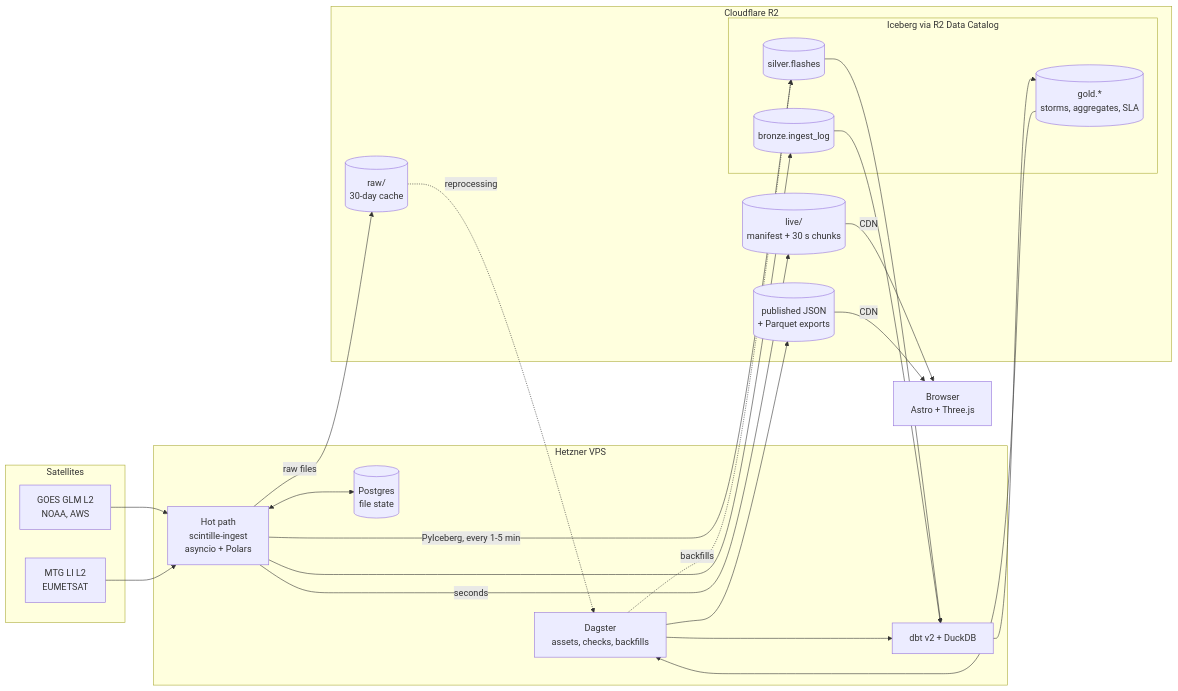
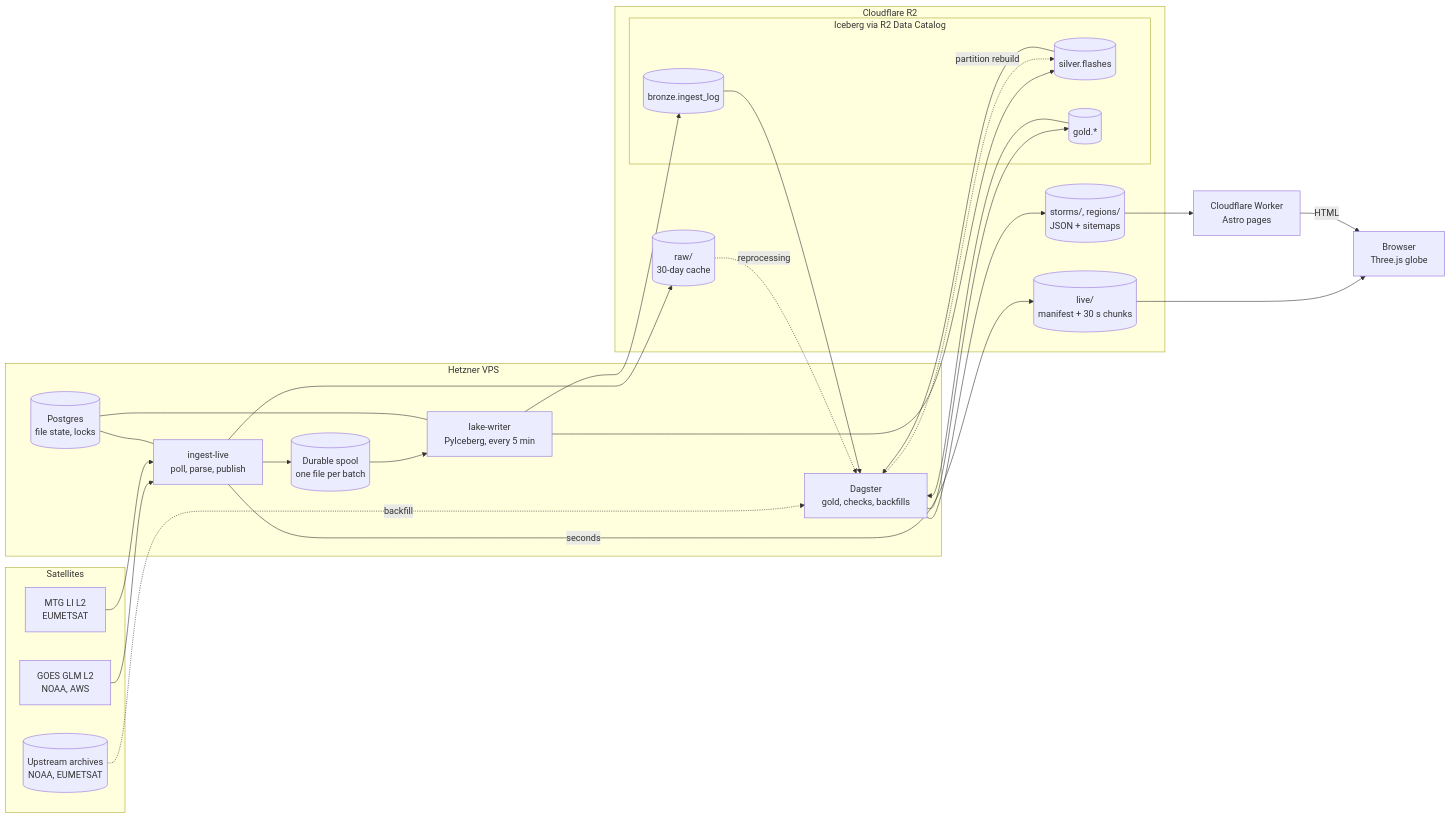
The diagram in docs/architecture.md (pierregc/scintille), drawn with Mermaid before and after one commit. The commit also changed other lines of this file and 1 other file, not shown here.

Commit message:
docs: address review on data architecture ADR

````diff
--- a/docs/architecture.md
+++ b/docs/architecture.md
@@ -7,45 +7,52 @@
 ```mermaid
 flowchart LR
     subgraph sources["Satellites"]
         glm["GOES GLM L2<br/>NOAA, AWS"]
         li["MTG LI L2<br/>EUMETSAT"]
+        archives[("Upstream archives<br/>NOAA, EUMETSAT")]
     end
 
     subgraph vps["Hetzner VPS"]
-        hot["Hot path<br/>scintille-ingest<br/>asyncio + Polars"]
-        pg[("Postgres<br/>file state")]
-        dagster["Dagster<br/>assets, checks, backfills"]
-        dbt["dbt v2 + DuckDB"]
+        live_proc["ingest-live<br/>poll, parse, publish"]
+        spool[("Durable spool<br/>one file per batch")]
+        writer["lake-writer<br/>PyIceberg, every 5 min"]
+        pg[("Postgres<br/>file state, locks")]
+        dagster["Dagster<br/>gold, checks, backfills"]
     end
 
     subgraph r2["Cloudflare R2"]
         raw[("raw/<br/>30-day cache")]
         live[("live/<br/>manifest + 30 s chunks")]
         subgraph lake["Iceberg via R2 Data Catalog"]
             bronze[("bronze.ingest_log")]
             silver[("silver.flashes")]
-            gold[("gold.*<br/>storms, aggregates, SLA")]
+            gold[("gold.*")]
         end
-        pub[("published JSON<br/>+ Parquet exports")]
+        pub[("storms/, regions/<br/>JSON + sitemaps")]
     end
 
-    browser["Browser<br/>Astro + Three.js"]
+    worker["Cloudflare Worker<br/>Astro pages"]
+    browser["Browser<br/>Three.js globe"]
 
-    glm --> hot
-    li --> hot
-    hot <--> pg
-    hot -->|raw files| raw
-    hot -->|"seconds"| live
-    hot -->|"PyIceberg, every 1-5 min"| silver
-    hot --> bronze
-    live -->|CDN| browser
-    raw -.->|reprocessing| dagster
-    dagster -.->|backfills| silver
-    dagster --> dbt
-    silver --> dbt
-    bronze --> dbt
-    dbt --> gold
+    glm --> live_proc
+    li --> live_proc
+    live_proc --> raw
+    live_proc -->|seconds| live
+    live_proc --> spool
+    spool --> writer
+    writer --> silver
+    writer --> bronze
+    pg --- live_proc
+    pg --- writer
+    silver --> dagster
+    bronze --> dagster
+    dagster --> gold
     gold --> dagster
     dagster --> pub
-    pub -->|CDN| browser
+    archives -.->|backfill| dagster
+    raw -.->|reprocessing| dagster
+    dagster -.->|partition rebuild| silver
+    live --> browser
+    pub --> worker
+    worker -->|HTML| browser
 ```
````
